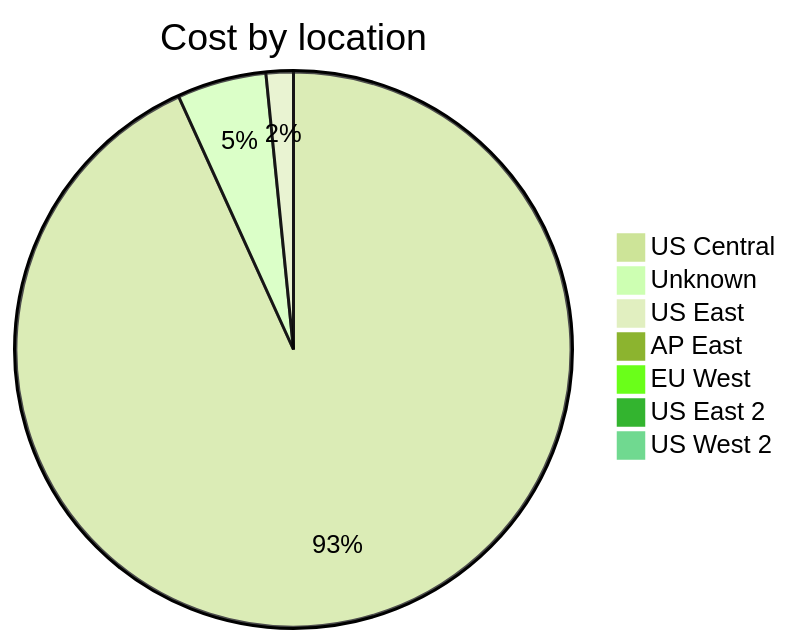
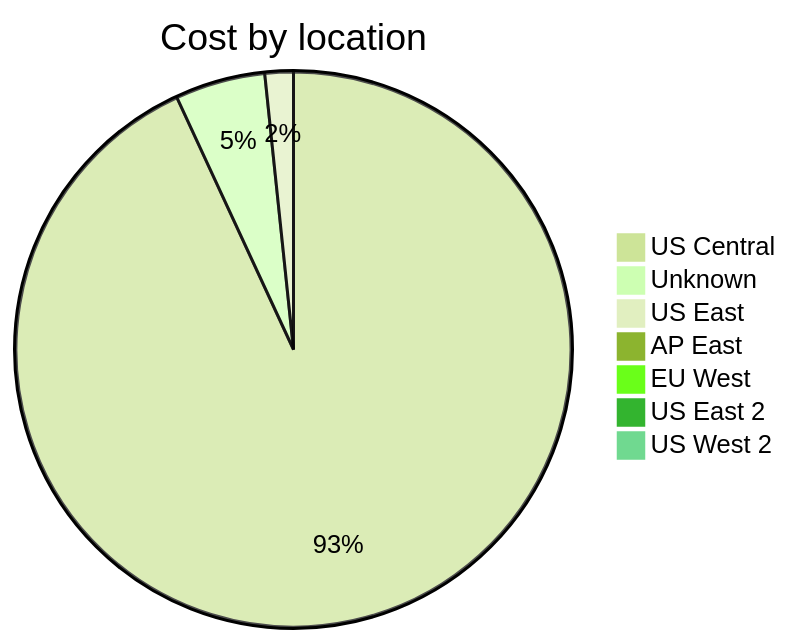
The third of 4 diagrams in cost-reports/accumulated-cost.md (jpfulton/azure-personal-reports), drawn with Mermaid (forest theme) before and after one commit. The commit also changed other lines of this file and 4 other files, not shown here.

````diff
--- a/cost-reports/accumulated-cost.md
+++ b/cost-reports/accumulated-cost.md
@@ -121,11 +121,11 @@
 ```mermaid
 pie
    title Cost by location
-   "US Central" : 6.46
-   "Unknown" : 0.36
-   "US East" : 0.11
+   "US Central" : 6.75
+   "Unknown" : 0.38
+   "US East" : 0.12
    "AP East" : 0.00
    "EU West" : 0.00
    "US East 2" : 0.00
    "US West 2" : 0.00
 ```
````
